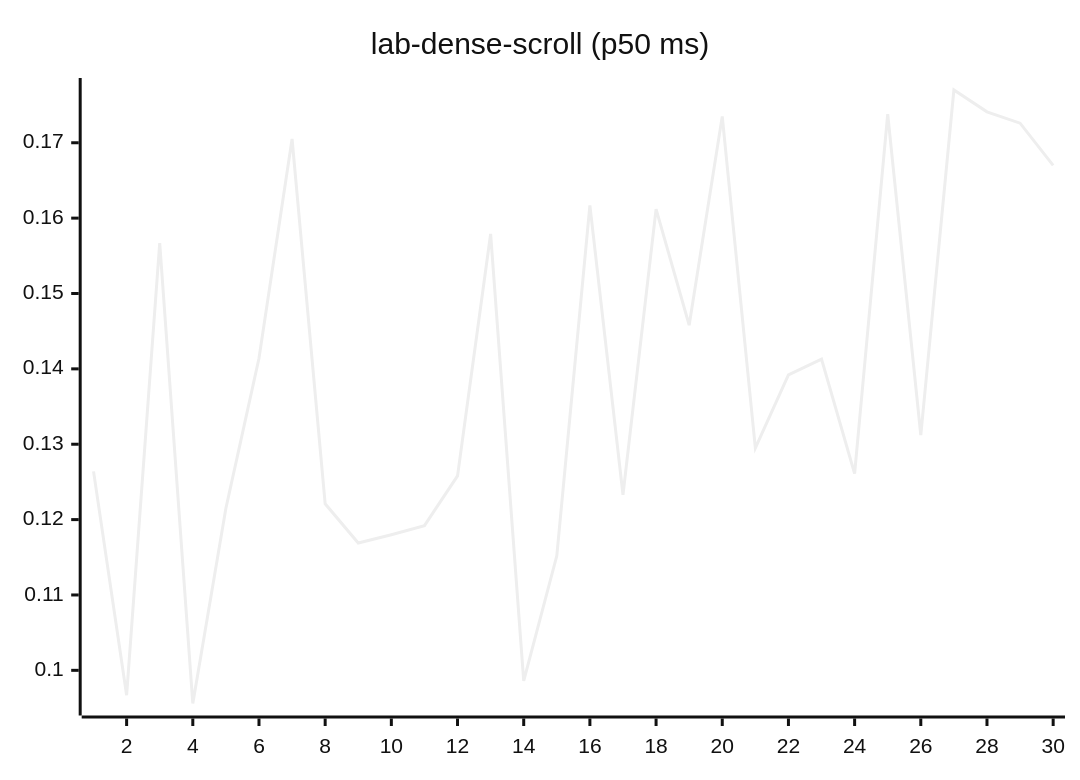
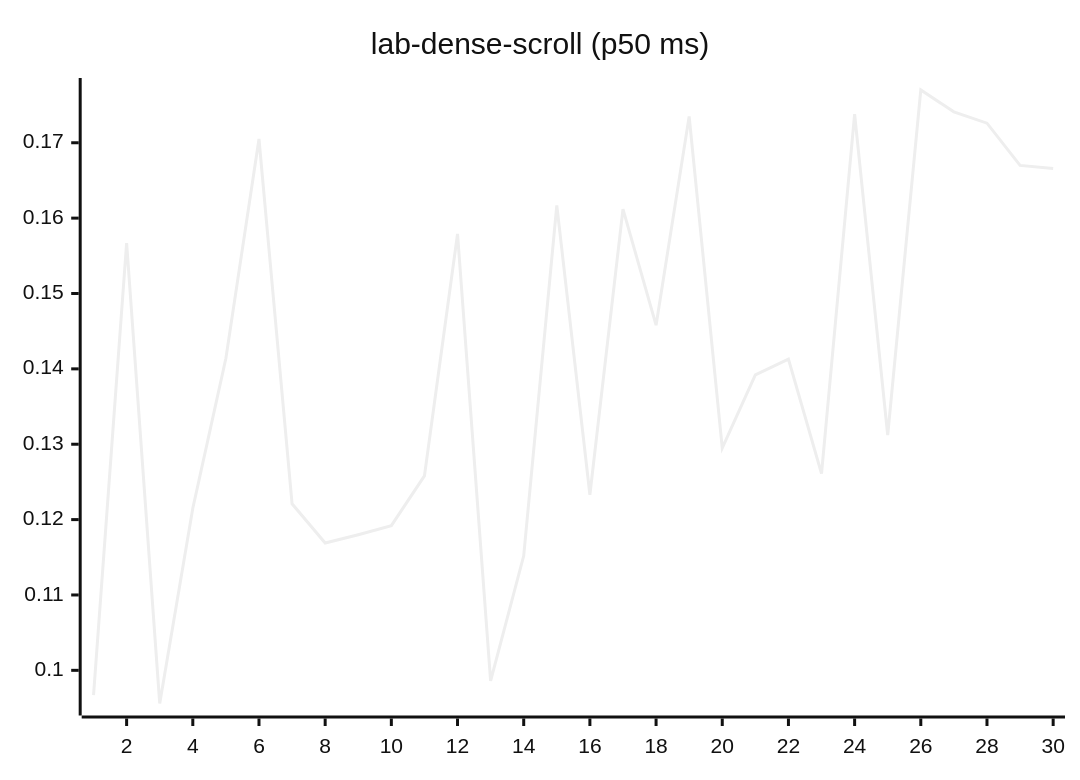
Diagram 12 of 27 in README.md (josha/Facet), drawn with Mermaid (neutral theme) before and after one commit. The commit also changed other lines of this file and 2 other files, not shown here.

````diff
--- a/README.md
+++ b/README.md
@@ -140,6 +140,6 @@
 ```mermaid
 xychart-beta
     title "lab-dense-scroll (p50 ms)"
     x-axis 1 --> 30
-    line [0.1264, 0.0967, 0.1567, 0.0956, 0.1215, 0.1414, 0.1705, 0.1221, 0.1169, 0.1180, 0.1192, 0.1258, 0.1579, 0.0986, 0.1152, 0.1617, 0.1233, 0.1612, 0.1458, 0.1735, 0.1295, 0.1392, 0.1413, 0.1261, 0.1738, 0.1312, 0.1770, 0.1741, 0.1726, 0.1670]
+    line [0.0967, 0.1567, 0.0956, 0.1215, 0.1414, 0.1705, 0.1221, 0.1169, 0.1180, 0.1192, 0.1258, 0.1579, 0.0986, 0.1152, 0.1617, 0.1233, 0.1612, 0.1458, 0.1735, 0.1295, 0.1392, 0.1413, 0.1261, 0.1738, 0.1312, 0.1770, 0.1741, 0.1726, 0.1670, 0.1666]
 ```
````
